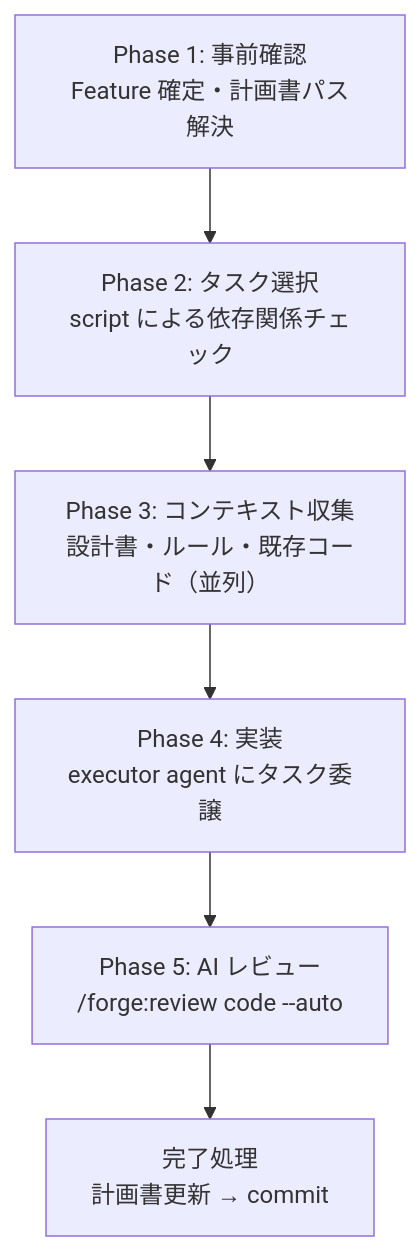
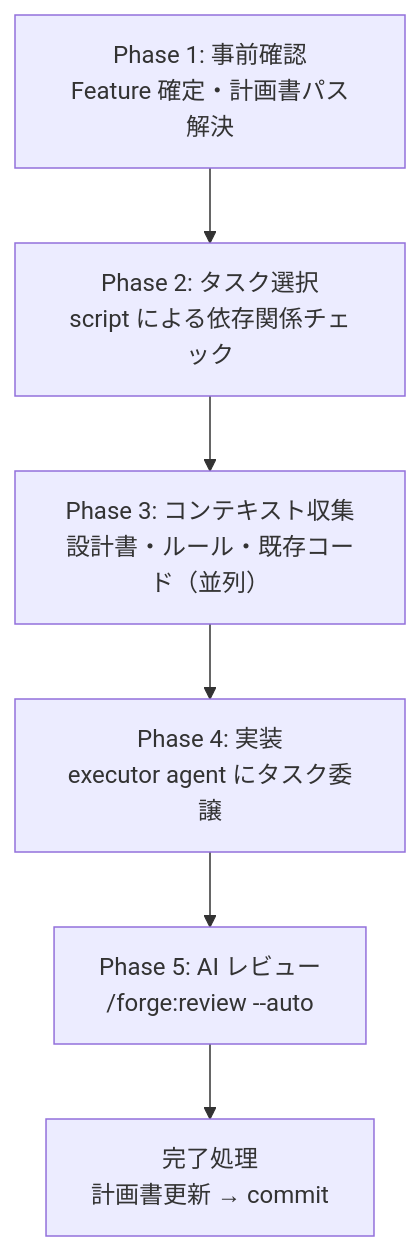
Before and after one commit to BlueEventHorizon/bw-cc-plugins: the diagram in docs/readme/forge/guide_implement_ja.md, drawn with Mermaid. The commit also changed other lines of this file and 98 other files, not shown here.

First line of the commit message:
feat(forge): reviewを、script が書く JSON を .temp/review で受け渡す仕組みに置き換え、位置引数を廃止する

````diff
--- a/docs/readme/forge/guide_implement_ja.md
+++ b/docs/readme/forge/guide_implement_ja.md
@@ -30,14 +30,14 @@
 ```mermaid
 flowchart TD
     P1["Phase 1: 事前確認<br/>Feature 確定・計画書パス解決"] --> P2
 
     P2["Phase 2: タスク選択<br/>script による依存関係チェック"] --> P3
 
     P3["Phase 3: コンテキスト収集<br/>設計書・ルール・既存コード（並列）"] --> P4
 
     P4["Phase 4: 実装<br/>executor agent にタスク委譲"] --> P5
 
-    P5["Phase 5: AI レビュー<br/>/forge:review code --auto"] --> DONE
+    P5["Phase 5: AI レビュー<br/>/forge:review --auto"] --> DONE
 
     DONE["完了処理<br/>計画書更新 → commit"]
 ```
````
